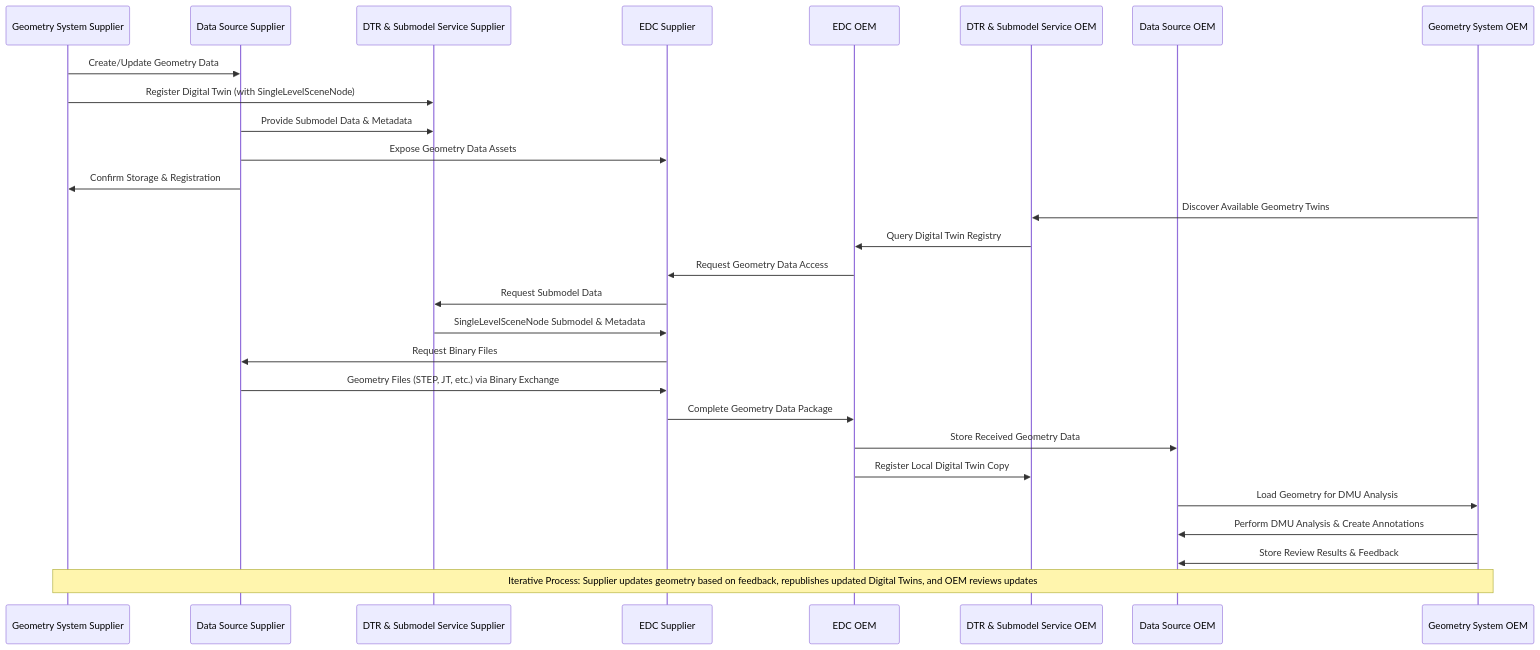
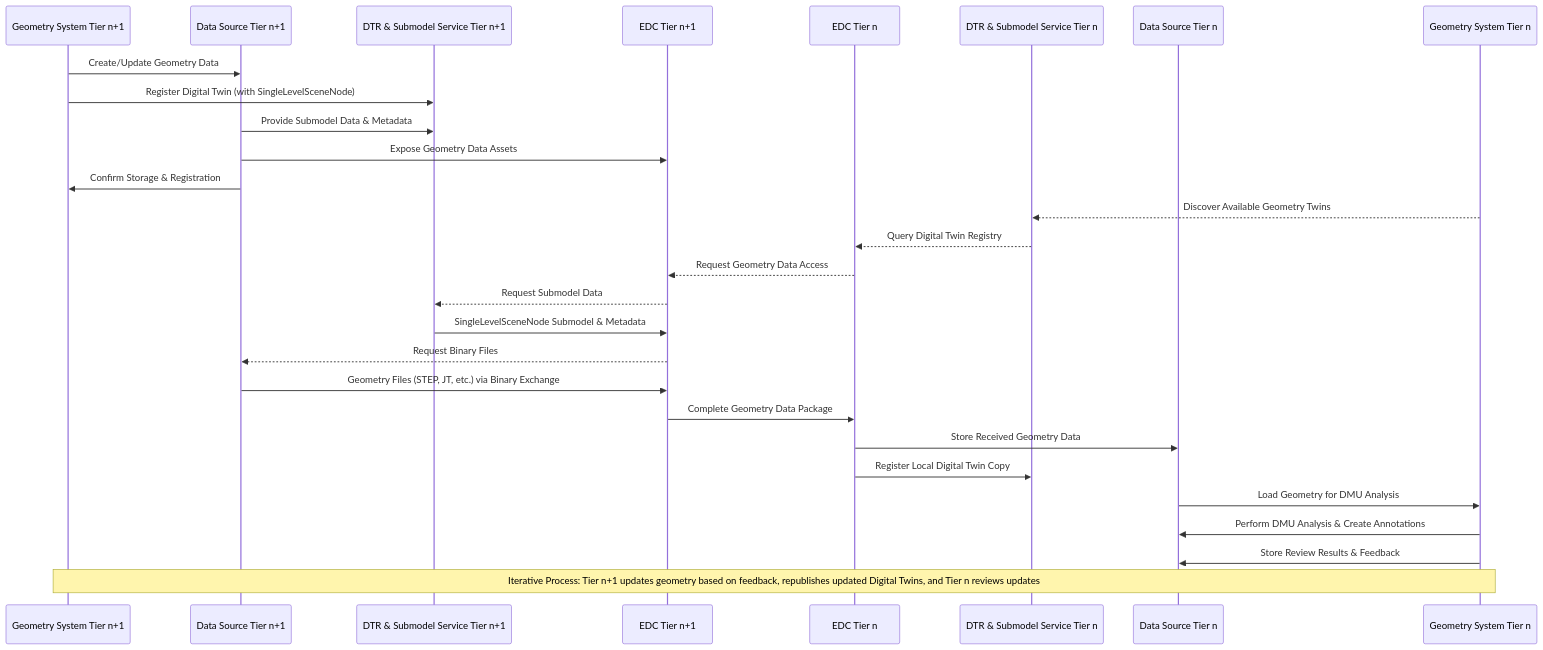
Before and after one commit to MartinEnders/eclipse-tractusx.github.io: the second of 2 diagrams in docs-kits/kits/geometry-kit/software-development-view.md, drawn with Mermaid. The commit also changed other lines of this file, not shown here.

Commit message:
updated: change to Tier n/Tier n+1 in development view

````diff
--- a/docs-kits/kits/geometry-kit/software-development-view.md
+++ b/docs-kits/kits/geometry-kit/software-development-view.md
@@ -128,38 +128,38 @@
 ```mermaid
 sequenceDiagram
-    participant supGeoSys as Geometry System Supplier
-    participant supDataSrc as Data Source Supplier
-    participant supDtr as DTR & Submodel Service Supplier
-    participant supEDC as EDC Supplier
+    participant supGeoSys as Geometry System Tier n+1
+    participant supDataSrc as Data Source Tier n+1
+    participant supDtr as DTR & Submodel Service Tier n+1
+    participant supEDC as EDC Tier n+1
 
-    participant oemEDC as EDC OEM
-    participant oemDtr as DTR & Submodel Service OEM
-    participant oemDataSrc as Data Source OEM
-    participant oemGeoSys as Geometry System OEM
+    participant oemEDC as EDC Tier n
+    participant oemDtr as DTR & Submodel Service Tier n
+    participant oemDataSrc as Data Source Tier n
+    participant oemGeoSys as Geometry System Tier n
 
     %% Initial Geometry Creation & Publishing (Supplier)
     supGeoSys->>supDataSrc: Create/Update Geometry Data
     supGeoSys->>supDtr: Register Digital Twin (with SingleLevelSceneNode)
     supDataSrc->>supDtr: Provide Submodel Data & Metadata
     supDataSrc->>supEDC: Expose Geometry Data Assets
     supDataSrc->>supGeoSys: Confirm Storage & Registration
 
     %% Discovery & Request (OEM) and Data Transfer
-    oemGeoSys->>oemDtr: Discover Available Geometry Twins
-    oemDtr->>oemEDC: Query Digital Twin Registry
-    oemEDC->>supEDC: Request Geometry Data Access
-    supEDC->>supDtr: Request Submodel Data
+    oemGeoSys-->>oemDtr: Discover Available Geometry Twins
+    oemDtr-->>oemEDC: Query Digital Twin Registry
+    oemEDC-->>supEDC: Request Geometry Data Access
+    supEDC-->>supDtr: Request Submodel Data
     supDtr->>supEDC: SingleLevelSceneNode Submodel & Metadata
-    supEDC->>supDataSrc: Request Binary Files
+    supEDC-->>supDataSrc: Request Binary Files
     supDataSrc->>supEDC: Geometry Files (STEP, JT, etc.) via Binary Exchange
     supEDC->>oemEDC: Complete Geometry Data Package
     oemEDC->>oemDataSrc: Store Received Geometry Data
     oemEDC->>oemDtr: Register Local Digital Twin Copy
     oemDataSrc->>oemGeoSys: Load Geometry for DMU Analysis
 
     %% Review & Feedback (DMU Analysis)
     oemGeoSys->>oemDataSrc: Perform DMU Analysis & Create Annotations
     oemGeoSys->>oemDataSrc: Store Review Results & Feedback
 
-    Note over supGeoSys, oemGeoSys: Iterative Process: Supplier updates geometry based on feedback, republishes updated Digital Twins, and OEM reviews updates
+    Note over supGeoSys, oemGeoSys: Iterative Process: Tier n+1 updates geometry based on feedback, republishes updated Digital Twins, and Tier n reviews updates
 ```
````
